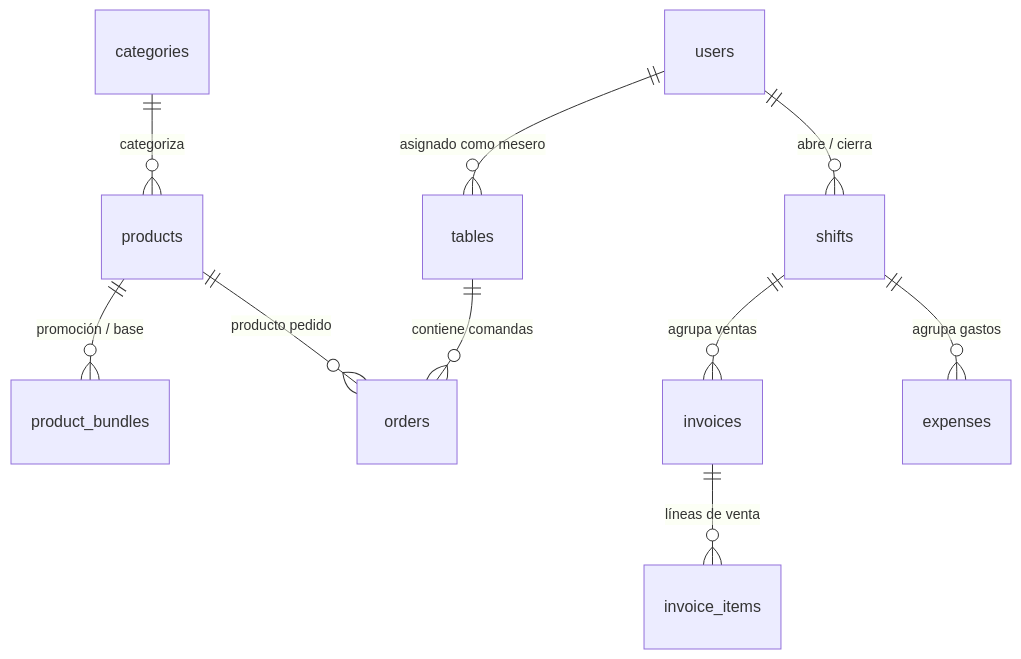
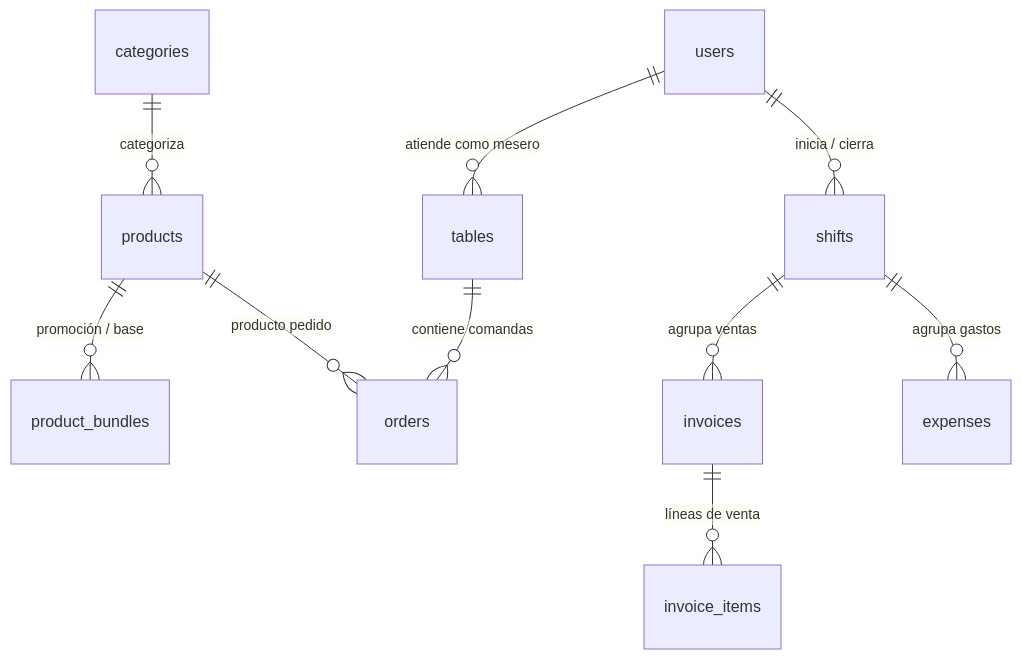
The diagram in .agents/skills/supabase-database-expert/SKILL.md (jobitxenterprise-lang/Zorix-Pos), drawn with Mermaid before and after one commit. The commit also changed other lines of this file and 7 other files, not shown here.

````diff
--- a/.agents/skills/supabase-database-expert/SKILL.md
+++ b/.agents/skills/supabase-database-expert/SKILL.md
@@ -31,12 +29,12 @@
 ```mermaid
 erDiagram
-    users ||--o{ shifts : "abre / cierra"
-    users ||--o{ tables : "asignado como mesero"
+    users ||--o{ shifts : "inicia / cierra"
+    users ||--o{ tables : "atiende como mesero"
     categories ||--o{ products : "categoriza"
     products ||--o{ product_bundles : "promoción / base"
     products ||--o{ orders : "producto pedido"
     tables ||--o{ orders : "contiene comandas"
     shifts ||--o{ invoices : "agrupa ventas"
     shifts ||--o{ expenses : "agrupa gastos"
     invoices ||--o{ invoice_items : "líneas de venta"
 ```
````
